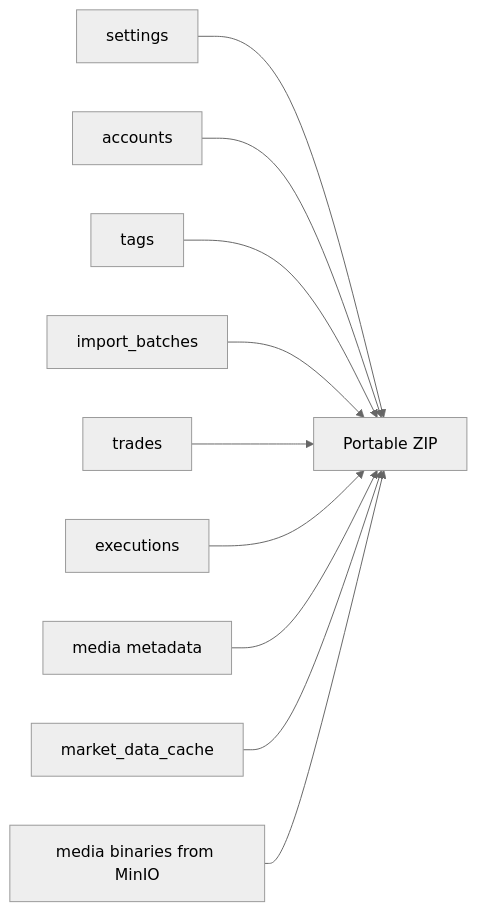
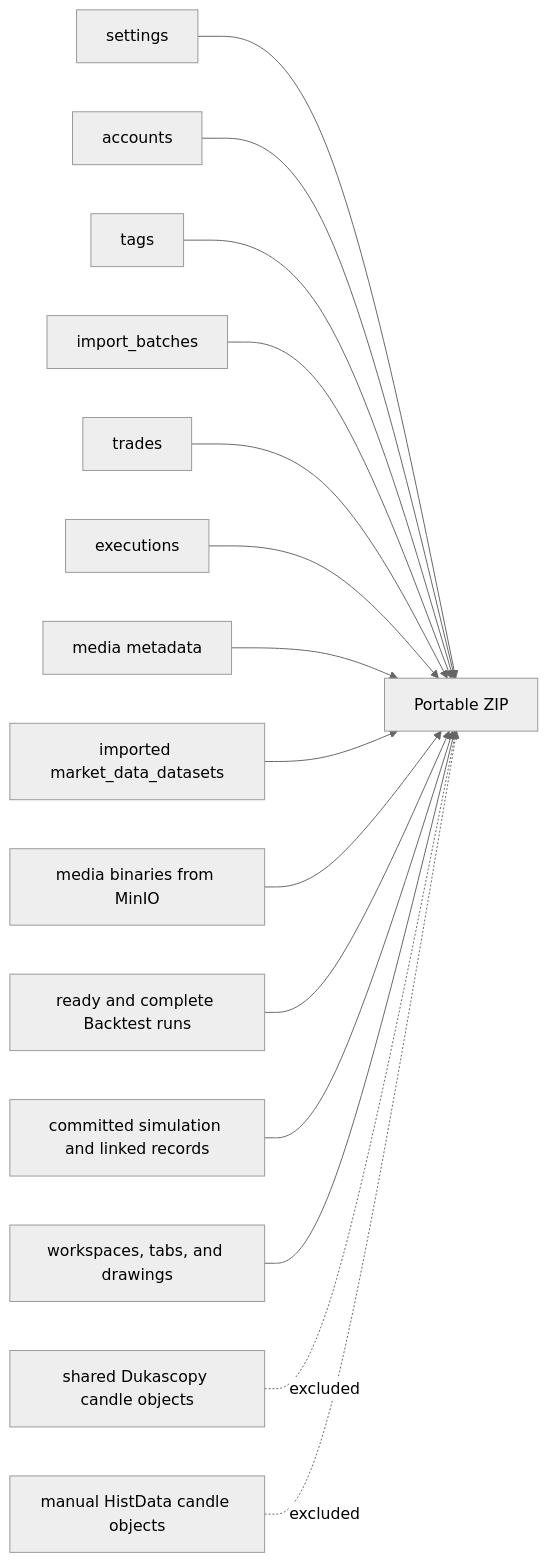
One commit to diridevelops/JanusEdge changed the second of 4 diagrams in docs/architecture/database.md. Above: the diagram before and after it, drawn with Mermaid (neutral theme). The commit also changed other lines of this file and 283 other files, not shown here.

First line of the commit message:
Add manual backtest section (#28)

````diff
--- a/docs/architecture/database.md
+++ b/docs/architecture/database.md
@@ -331,12 +370,17 @@
 ```mermaid
 flowchart LR
   Settings[settings] --> Archive[Portable ZIP]
   Accounts[accounts] --> Archive
   Tags[tags] --> Archive
   Batches[import_batches] --> Archive
   Trades[trades] --> Archive
   Executions[executions] --> Archive
   MediaMeta[media metadata] --> Archive
-  MarketCache[market_data_cache] --> Archive
+  MarketDatasets[imported market_data_datasets] --> Archive
   MediaFiles[media binaries from MinIO] --> Archive
+  BacktestRuns[ready and complete Backtest runs] --> Archive
+  Simulation[committed simulation and linked records] --> Archive
+  ChartState[workspaces, tabs, and drawings] --> Archive
+  DukascopyBytes[shared Dukascopy candle objects] -. excluded .-> Archive
+  ManualBytes[manual HistData candle objects] -. excluded .-> Archive
 ```
````
